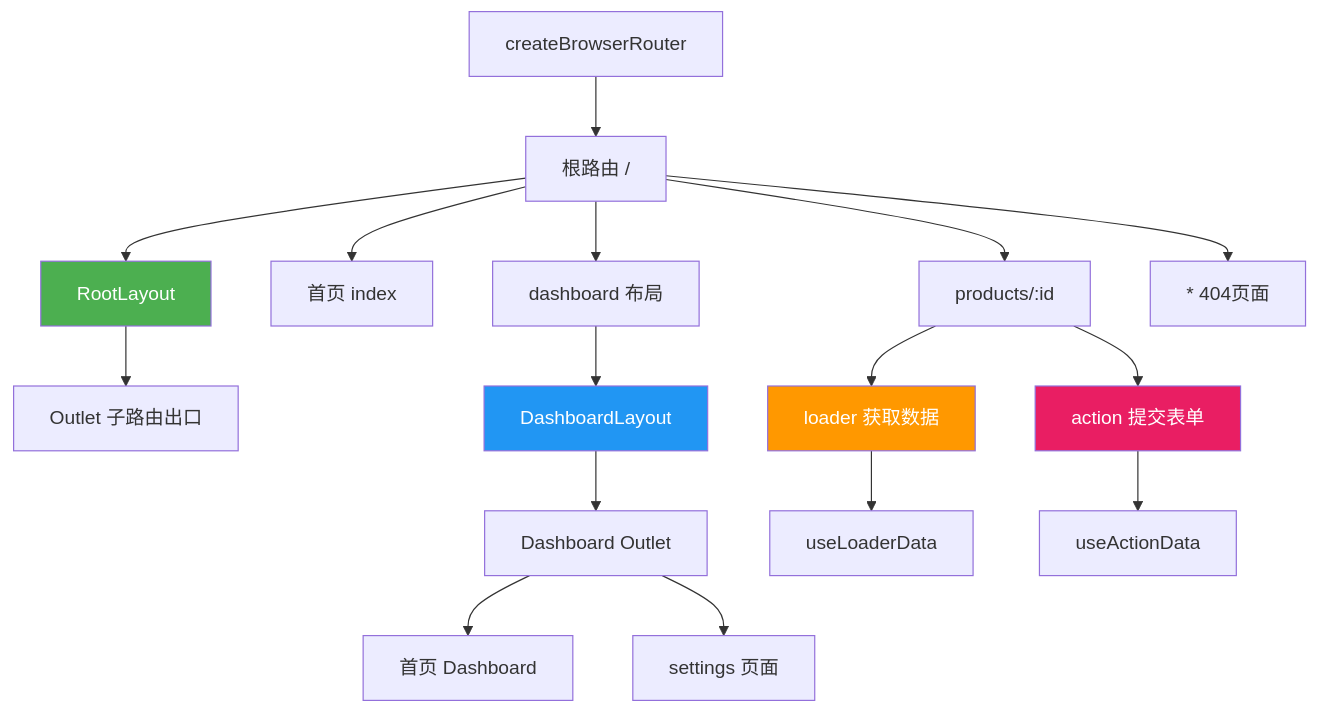
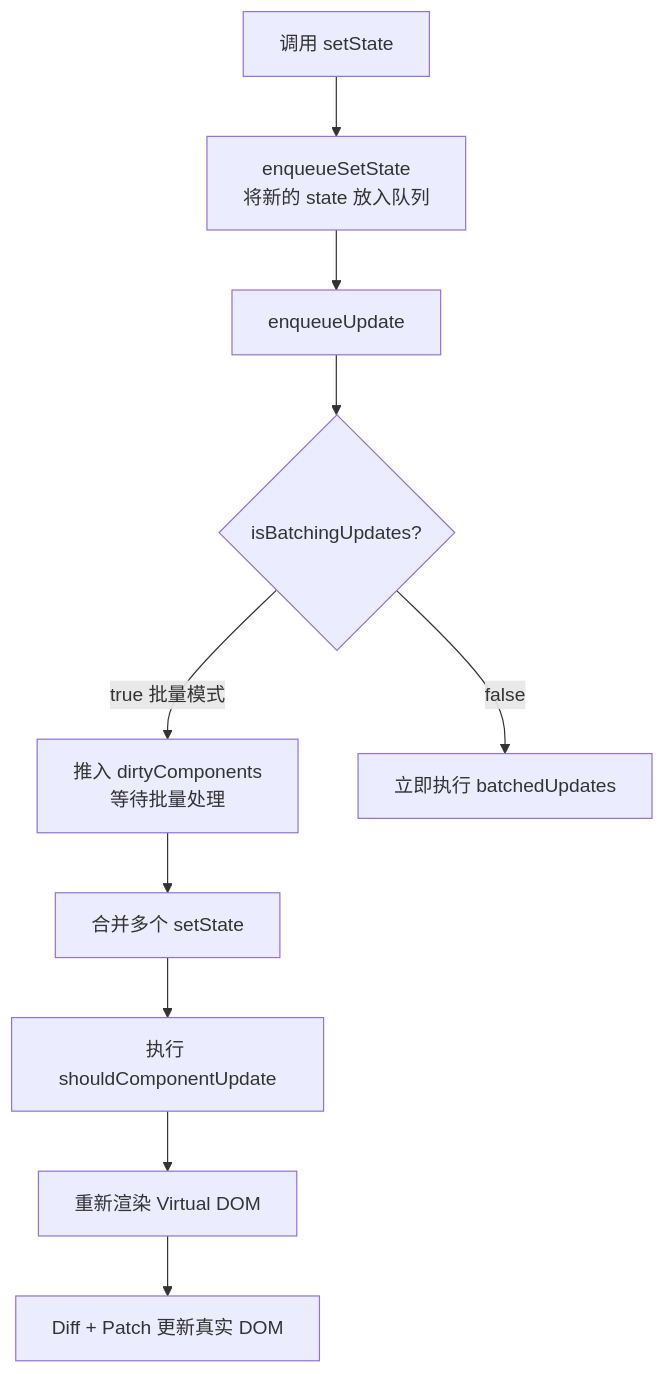
Before and after one commit to KMaybe01/common: diagram 20 of 21 in 00-基础常识/05-React-详解版.md, drawn with Mermaid. The commit also changed other lines of this file and 10 other files, not shown here.

````diff
--- a/00-基础常识/05-React-详解版.md
+++ b/00-基础常识/05-React-详解版.md
@@ -2209,26 +1750,12 @@
 ```mermaid
-graph TD
-    A["createBrowserRouter"] --> B["根路由 /"]
-    B --> C["RootLayout"]
-    C --> D["Outlet 子路由出口"]
-
-    B --> E["首页 index"]
-    B --> F["dashboard 布局"]
-    F --> G["DashboardLayout"]
-    G --> H["Dashboard Outlet"]
-    H --> I["首页 Dashboard"]
-    H --> J["settings 页面"]
-
-    B --> K["products/:id"]
-    K --> L["loader 获取数据"]
-    K --> M["action 提交表单"]
-    L --> N["useLoaderData"]
-    M --> O["useActionData"]
-
-    B --> P["* 404页面"]
-
-    style C fill:#4CAF50,color:#fff
-    style G fill:#2196F3,color:#fff
-    style L fill:#FF9800,color:#fff
-    style M fill:#E91E63,color:#fff
+flowchart TD
+    A["调用 setState"] --> B["enqueueSetState<br/>将新的 state 放入队列"]
+    B --> C["enqueueUpdate"]
+    C --> D{"isBatchingUpdates?"}
+    D -->|true 批量模式| E["推入 dirtyComponents<br/>等待批量处理"]
+    D -->|false| F["立即执行 batchedUpdates"]
+    E --> G["合并多个 setState"]
+    G --> H["执行 shouldComponentUpdate"]
+    H --> I["重新渲染 Virtual DOM"]
+    I --> J["Diff + Patch 更新真实 DOM"]
 ```
````
